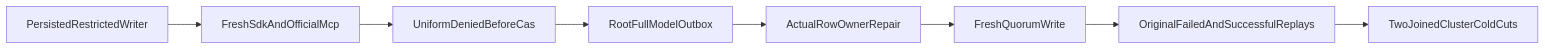
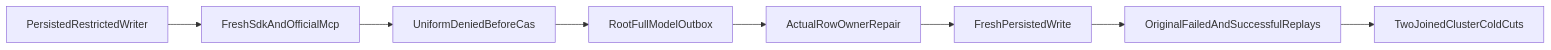
One commit to managedcode/KeyLoad changed the diagram in docs/Features/Authorization/RowRevisionInferencePublic.md. Above: the diagram before and after it, drawn with Mermaid. The commit also changed other lines of this file and 685 other files, not shown here.

````diff
--- a/docs/Features/Authorization/RowRevisionInferencePublic.md
+++ b/docs/Features/Authorization/RowRevisionInferencePublic.md
@@ -9,10 +9,10 @@
 ```mermaid
 flowchart LR
  PersistedRestrictedWriter --> FreshSdkAndOfficialMcp
  FreshSdkAndOfficialMcp --> UniformDeniedBeforeCas
  UniformDeniedBeforeCas --> RootFullModelOutbox
  RootFullModelOutbox --> ActualRowOwnerRepair
- ActualRowOwnerRepair --> FreshQuorumWrite
- FreshQuorumWrite --> OriginalFailedAndSuccessfulReplays
+ ActualRowOwnerRepair --> FreshPersistedWrite
+ FreshPersistedWrite --> OriginalFailedAndSuccessfulReplays
  OriginalFailedAndSuccessfulReplays --> TwoJoinedClusterColdCuts
 ```
````
